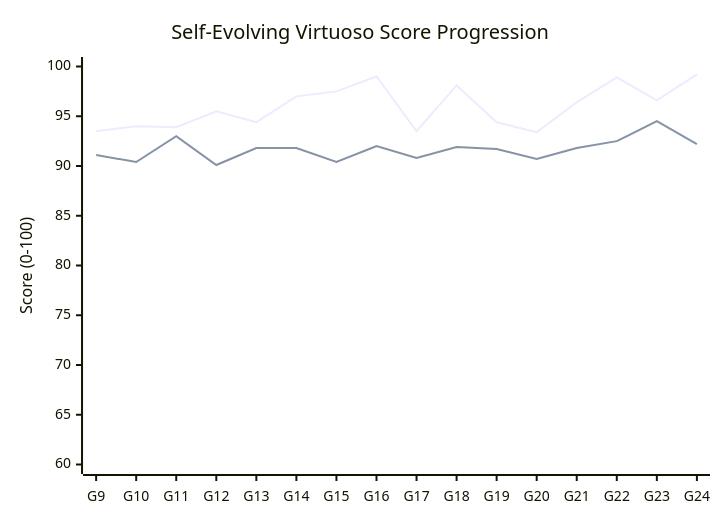
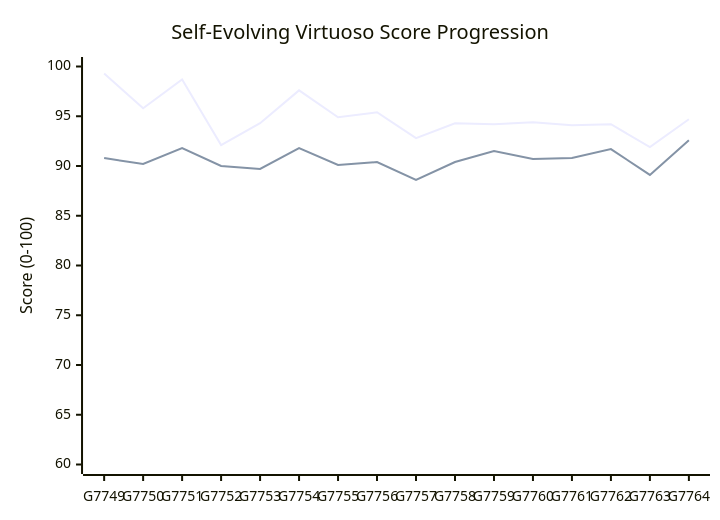
Before and after one commit to AI-Avalon/Disklavier-Auto: the first of 2 diagrams in obsidian_vault/00_Dashboard/Evolution_Overview.md, drawn with Mermaid. The commit also changed other lines of this file and 381 other files, not shown here.

````diff
--- a/obsidian_vault/00_Dashboard/Evolution_Overview.md
+++ b/obsidian_vault/00_Dashboard/Evolution_Overview.md
@@ -19,8 +19,8 @@
 ```mermaid
 xychart-beta
     title "Self-Evolving Virtuoso Score Progression"
-    x-axis [G9, G10, G11, G12, G13, G14, G15, G16, G17, G18, G19, G20, G21, G22, G23, G24]
+    x-axis [G7749, G7750, G7751, G7752, G7753, G7754, G7755, G7756, G7757, G7758, G7759, G7760, G7761, G7762, G7763, G7764]
     y-axis "Score (0-100)" 60 --> 100
-    line [93.5, 94.0, 93.9, 95.5, 94.4, 97.0, 97.5, 99.0, 93.5, 98.1, 94.4, 93.4, 96.4, 98.9, 96.6, 99.2]
-    line [91.1, 90.4, 93.0, 90.1, 91.8, 91.8, 90.4, 92.0, 90.8, 91.9, 91.7, 90.7, 91.8, 92.5, 94.5, 92.2]
+    line [99.3, 95.8, 98.7, 92.1, 94.3, 97.6, 94.9, 95.4, 92.8, 94.3, 94.2, 94.4, 94.1, 94.2, 91.9, 94.7]
+    line [90.8, 90.2, 91.8, 90.0, 89.7, 91.8, 90.1, 90.4, 88.6, 90.4, 91.5, 90.7, 90.8, 91.7, 89.1, 92.6]
 ```
````
